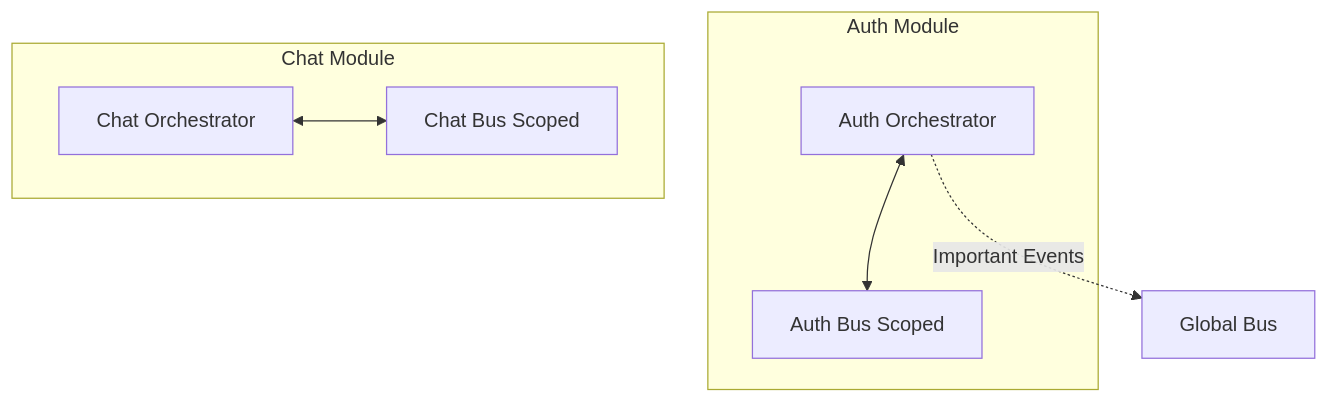
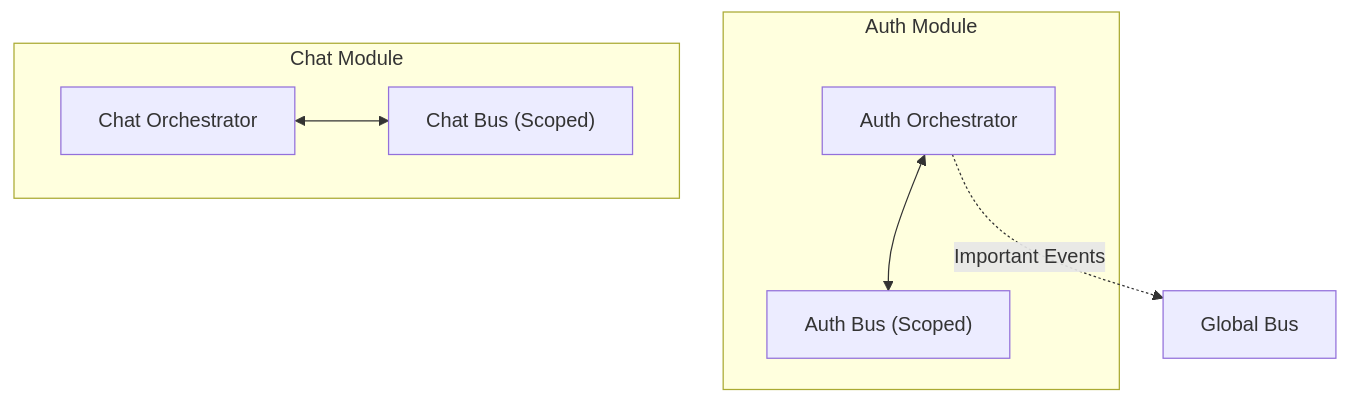
One commit to lploc94/flutter_orchestrator changed the third of 3 diagrams in book/chapters/05_advanced_patterns.md. Above: the diagram before and after it, drawn with Mermaid. The commit also changed 1 other file, not shown here.

Commit message:
docs: Robust fix for Mermaid diagram syntax using quotes

````diff
--- a/book/chapters/05_advanced_patterns.md
+++ b/book/chapters/05_advanced_patterns.md
@@ -327,14 +327,14 @@
 ```mermaid
 graph TD
     subgraph AuthMod [Auth Module]
-        ABus[Auth Bus Scoped]
+        ABus["Auth Bus (Scoped)"]
         AuthOrc[Auth Orchestrator] <--> ABus
     end
 
     subgraph ChatMod [Chat Module]
-        CBus[Chat Bus Scoped]
+        CBus["Chat Bus (Scoped)"]
         ChatOrc[Chat Orchestrator] <--> CBus
     end
 
     AuthOrc -.->|Important Events| GBus[Global Bus]
 ```
````
